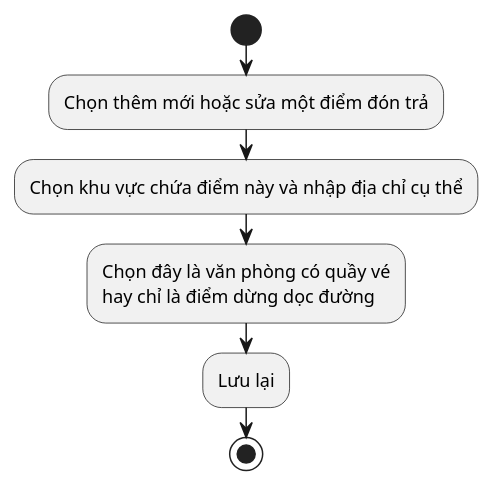
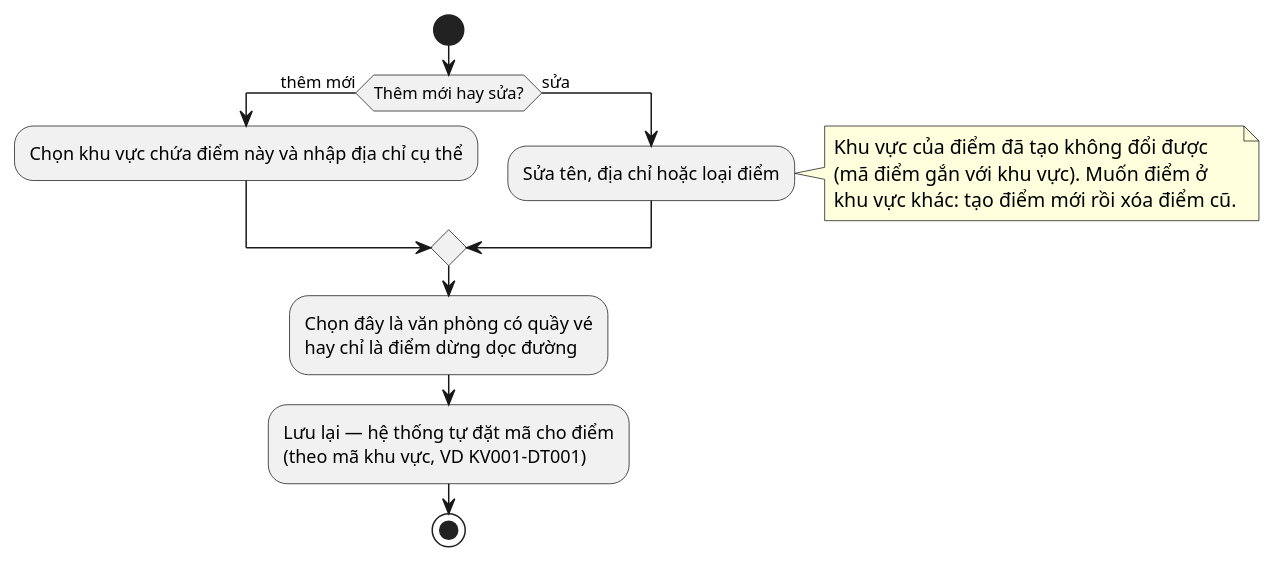
Diagram 41 of 54 in UML_DIAGRAMS.md (nguyenvietanhit19/Project1_HeThongQuanLyNhaXeKhachLienTinh), drawn with PlantUML before and after one commit. The commit also changed other lines of this file and 6 other files, not shown here.

````diff
--- a/UML_DIAGRAMS.md
+++ b/UML_DIAGRAMS.md
@@ -975,10 +1059,18 @@
 ```plantuml
 @startuml AD_UC30_QuanLyDiemDonTra
 start
-:Chọn thêm mới hoặc sửa một điểm đón trả;
-:Chọn khu vực chứa điểm này và nhập địa chỉ cụ thể;
+if (Thêm mới hay sửa?) then (thêm mới)
+  :Chọn khu vực chứa điểm này và nhập địa chỉ cụ thể;
+else (sửa)
+  :Sửa tên, địa chỉ hoặc loại điểm;
+  note right
+    Khu vực của điểm đã tạo không đổi được
+    (mã điểm gắn với khu vực). Muốn điểm ở
+    khu vực khác: tạo điểm mới rồi xóa điểm cũ.
+  end note
+endif
 :Chọn đây là văn phòng có quầy vé\nhay chỉ là điểm dừng dọc đường;
-:Lưu lại;
+:Lưu lại — hệ thống tự đặt mã cho điểm\n(theo mã khu vực, VD KV001-DT001);
 stop
 @enduml
 ```
````
